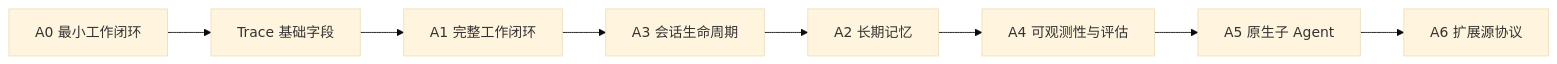
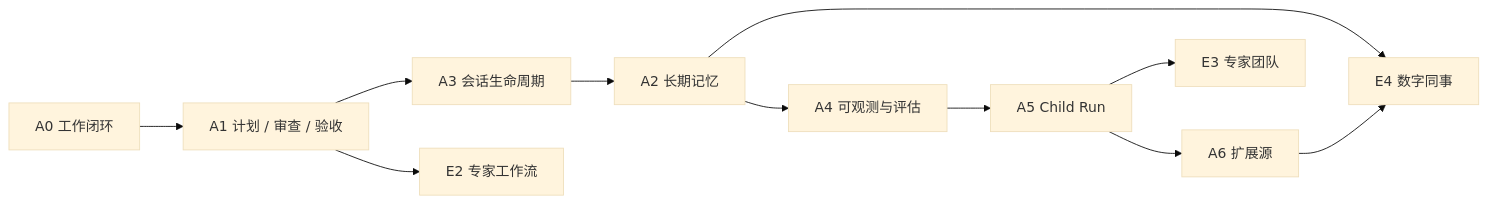
The diagram in docs/07-路线图/Agent能力路线图.md (Hry1729/Fox-Agent), drawn with Mermaid (base theme) before and after one commit. The commit also changed other lines of this file and 224 other files, not shown here.

````diff
--- a/docs/07-路线图/Agent能力路线图.md
+++ b/docs/07-路线图/Agent能力路线图.md
@@ -16,10 +12,13 @@
 ```mermaid
 flowchart LR
-  A0["A0 最小工作闭环"] --> T0["Trace 基础字段"]
-  T0 --> A1["A1 完整工作闭环"]
+  A0["A0 工作闭环"] --> A1["A1 计划 / 审查 / 验收"]
   A1 --> A3["A3 会话生命周期"]
   A3 --> A2["A2 长期记忆"]
-  A2 --> A4["A4 可观测性与评估"]
-  A4 --> A5["A5 原生子 Agent"]
-  A5 --> A6["A6 扩展源协议"]
+  A2 --> A4["A4 可观测与评估"]
+  A4 --> A5["A5 Child Run"]
+  A5 --> A6["A6 扩展源"]
+  A1 --> E2["E2 专家工作流"]
+  A5 --> E3["E3 专家团队"]
+  A2 --> E4["E4 数字同事"]
+  A6 --> E4
 ```
````
